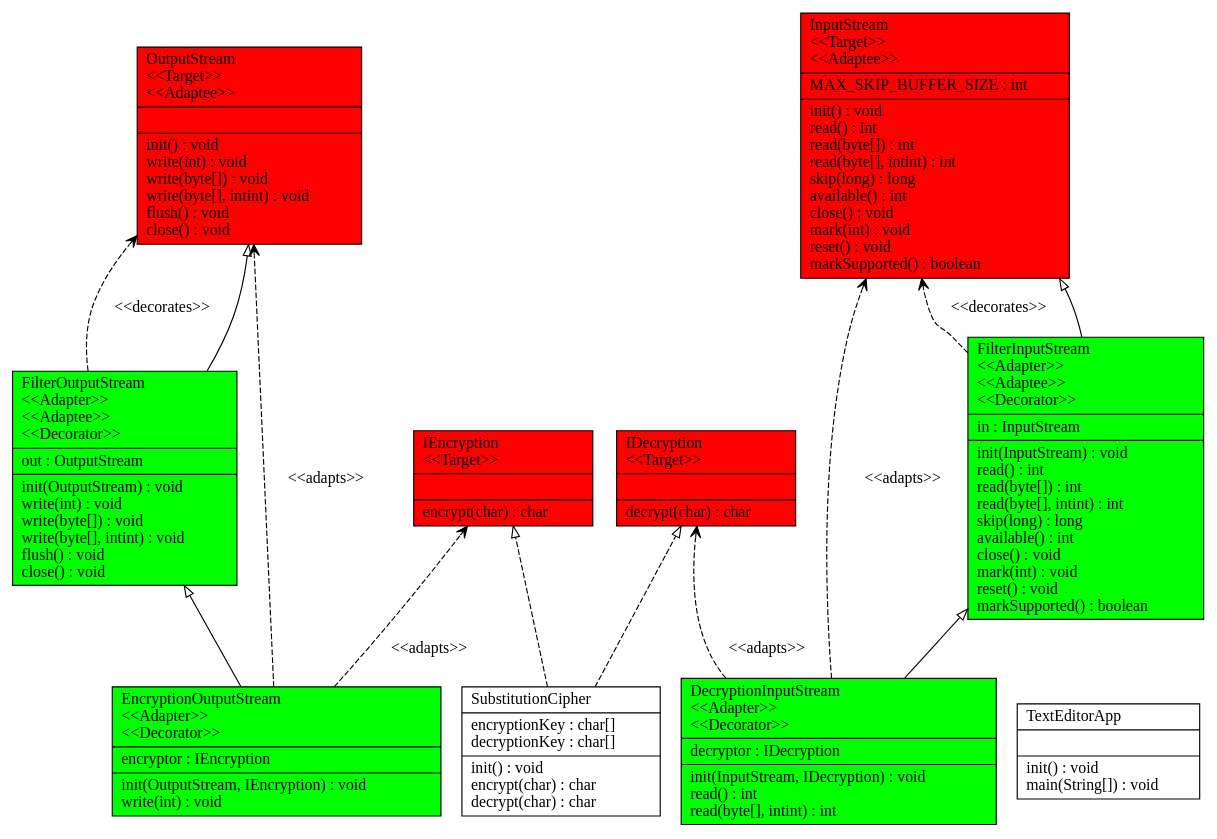
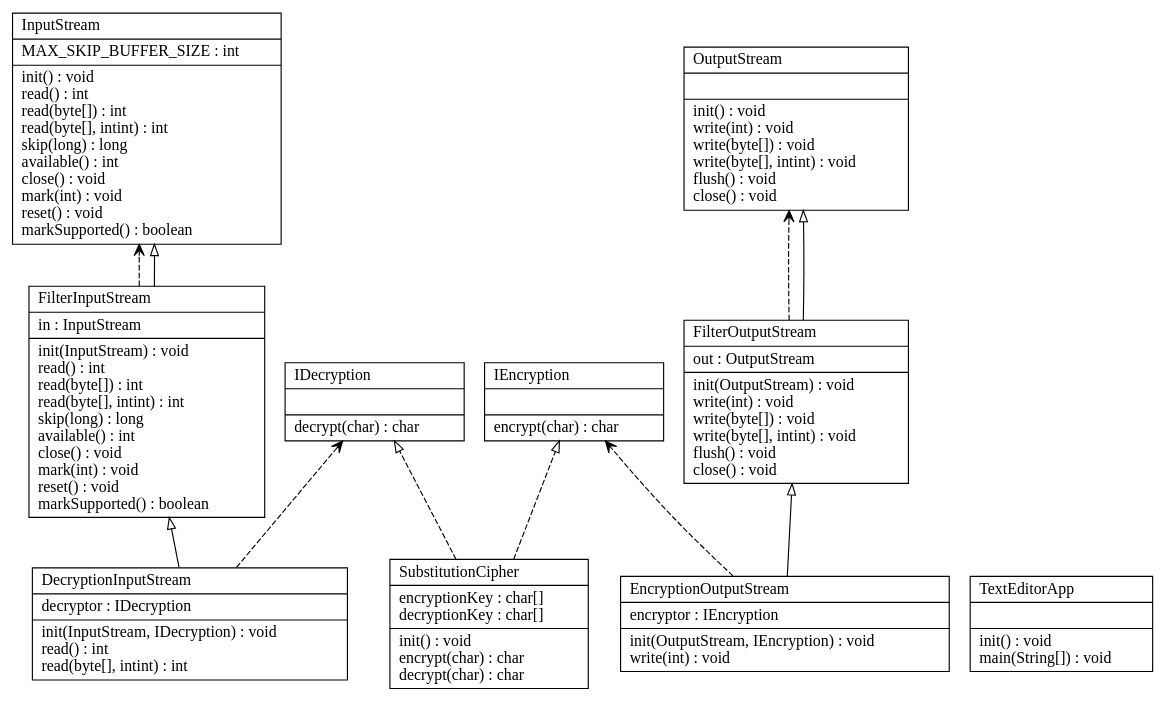
One commit to chinchalupa/CSSE374-Project changed the diagram in input_output/lab21.dot. Above: the diagram before and after it, drawn with Graphviz. The commit also changed 194 other files, not shown here.

```diff
--- a/input_output/lab21.dot
+++ b/input_output/lab21.dot
@@ -1,51 +1,67 @@
 digraph G {
 
 fontname = "Bitstream Vera Sans"
 fontsize = 8
 rankdir=BT
 
-node [shape = "record" color = "#000000" fillcolor = "#00ff00" style="filled"]
-ClassTDecryptionInputStream [label = "{DecryptionInputStream\l\<\<Adapter\>\>\l\<\<Decorator\>\>\l|decryptor : IDecryption\l|init(InputStream, IDecryption) : void\lread() : int\lread(byte[], intint) : int\l}"]
-node [shape = "record" color = "#000000" fillcolor = "#00ff00" style="filled"]
-ClassTEncryptionOutputStream [label = "{EncryptionOutputStream\l\<\<Adapter\>\>\l\<\<Decorator\>\>\l|encryptor : IEncryption\l|init(OutputStream, IEncryption) : void\lwrite(int) : void\l}"]
-node [shape = "record" color = "#000000" fillcolor = "#ff0000" style="filled"]
-ClassTIDecryption [label = "{IDecryption\l\<\<Target\>\>\l||decrypt(char) : char\l}"]
-node [shape = "record" color = "#000000" fillcolor = "#ff0000" style="filled"]
-ClassTIEncryption [label = "{IEncryption\l\<\<Target\>\>\l||encrypt(char) : char\l}"]
 node [shape = "record" color = "#000000" fillcolor = "#000000" style=""]
+
+ClassTDecryptionInputStream [label = "{DecryptionInputStream\l|decryptor : IDecryption\l|init(InputStream, IDecryption) : void\lread() : int\lread(byte[], intint) : int\l}"]
+node [shape = "record" color = "#000000" fillcolor = "#000000" style=""]
+
+ClassTEncryptionOutputStream [label = "{EncryptionOutputStream\l|encryptor : IEncryption\l|init(OutputStream, IEncryption) : void\lwrite(int) : void\l}"]
+node [shape = "record" color = "#000000" fillcolor = "#000000" style=""]
+
+ClassTIDecryption [label = "{IDecryption\l||decrypt(char) : char\l}"]
+node [shape = "record" color = "#000000" fillcolor = "#000000" style=""]
+
+ClassTIEncryption [label = "{IEncryption\l||encrypt(char) : char\l}"]
+node [shape = "record" color = "#000000" fillcolor = "#000000" style=""]
+
 ClassTSubstitutionCipher [label = "{SubstitutionCipher\l|encryptionKey : char[]\ldecryptionKey : char[]\l|init() : void\lencrypt(char) : char\ldecrypt(char) : char\l}"]
 node [shape = "record" color = "#000000" fillcolor = "#000000" style=""]
+
 ClassTTextEditorApp [label = "{TextEditorApp\l||init() : void\lmain(String[]) : void\l}"]
-node [shape = "record" color = "#000000" fillcolor = "#00ff00" style="filled"]
-ClassTFilterInputStream [label = "{FilterInputStream\l\<\<Adapter\>\>\l\<\<Adaptee\>\>\l\<\<Decorator\>\>\l|in : InputStream\l|init(InputStream) : void\lread() : int\lread(byte[]) : int\lread(byte[], intint) : int\lskip(long) : long\lavailable() : int\lclose() : void\lmark(int) : void\lreset() : void\lmarkSupported() : boolean\l}"]
-node [shape = "record" color = "#000000" fillcolor = "#00ff00" style="filled"]
-ClassTFilterOutputStream [label = "{FilterOutputStream\l\<\<Adapter\>\>\l\<\<Adaptee\>\>\l\<\<Decorator\>\>\l|out : OutputStream\l|init(OutputStream) : void\lwrite(int) : void\lwrite(byte[]) : void\lwrite(byte[], intint) : void\lflush() : void\lclose() : void\l}"]
-node [shape = "record" color = "#000000" fillcolor = "#ff0000" style="filled"]
-ClassTInputStream [label = "{InputStream\l\<\<Target\>\>\l\<\<Adaptee\>\>\l|MAX_SKIP_BUFFER_SIZE : int\l|init() : void\lread() : int\lread(byte[]) : int\lread(byte[], intint) : int\lskip(long) : long\lavailable() : int\lclose() : void\lmark(int) : void\lreset() : void\lmarkSupported() : boolean\l}"]
-node [shape = "record" color = "#000000" fillcolor = "#ff0000" style="filled"]
-ClassTOutputStream [label = "{OutputStream\l\<\<Target\>\>\l\<\<Adaptee\>\>\l||init() : void\lwrite(int) : void\lwrite(byte[]) : void\lwrite(byte[], intint) : void\lflush() : void\lclose() : void\l}"]
-edge [arrowhead = "onormal" style = "solid" label = ""]
-ClassTDecryptionInputStream -> ClassTFilterInputStream
-edge [arrowhead = "vee" style = "dashed" label = "\<\<adapts\>\>"]
+node [shape = "record" color = "#000000" fillcolor = "#000000" style=""]
+
+ClassTFilterInputStream [label = "{FilterInputStream\l|in : InputStream\l|init(InputStream) : void\lread() : int\lread(byte[]) : int\lread(byte[], intint) : int\lskip(long) : long\lavailable() : int\lclose() : void\lmark(int) : void\lreset() : void\lmarkSupported() : boolean\l}"]
+node [shape = "record" color = "#000000" fillcolor = "#000000" style=""]
+
+ClassTFilterOutputStream [label = "{FilterOutputStream\l|out : OutputStream\l|init(OutputStream) : void\lwrite(int) : void\lwrite(byte[]) : void\lwrite(byte[], intint) : void\lflush() : void\lclose() : void\l}"]
+node [shape = "record" color = "#000000" fillcolor = "#000000" style=""]
+
+ClassTInputStream [label = "{InputStream\l|MAX_SKIP_BUFFER_SIZE : int\l|init() : void\lread() : int\lread(byte[]) : int\lread(byte[], intint) : int\lskip(long) : long\lavailable() : int\lclose() : void\lmark(int) : void\lreset() : void\lmarkSupported() : boolean\l}"]
+node [shape = "record" color = "#000000" fillcolor = "#000000" style=""]
+
+ClassTOutputStream [label = "{OutputStream\l||init() : void\lwrite(int) : void\lwrite(byte[]) : void\lwrite(byte[], intint) : void\lflush() : void\lclose() : void\l}"]
+edge [arrowhead = "vee" style = "dashed" label = ""]
+
 ClassTDecryptionInputStream -> ClassTIDecryption
-edge [arrowhead = "vee" style = "dashed" label = "\<\<adapts\>\>"]
-ClassTDecryptionInputStream -> ClassTInputStream
-edge [arrowhead = "onormal" style = "solid" label = ""]
-ClassTEncryptionOutputStream -> ClassTFilterOutputStream
-edge [arrowhead = "vee" style = "dashed" label = "\<\<adapts\>\>"]
-ClassTEncryptionOutputStream -> ClassTIEncryption
-edge [arrowhead = "vee" style = "dashed" label = "\<\<adapts\>\>"]
-ClassTEncryptionOutputStream -> ClassTOutputStream
+edge [arrowhead = "vee" style = "dashed" label = ""]
+
+ClassTFilterOutputStream -> ClassTOutputStream
+edge [arrowhead = "vee" style = "dashed" label = ""]
+
+ClassTFilterInputStream -> ClassTInputStream
 edge [arrowhead = "onormal" style = "dashed" label = ""]
-ClassTSubstitutionCipher -> ClassTIEncryption
-edge [arrowhead = "onormal" style = "dashed" label = ""]
+
 ClassTSubstitutionCipher -> ClassTIDecryption
 edge [arrowhead = "onormal" style = "solid" label = ""]
-ClassTFilterInputStream -> ClassTInputStream
-edge [arrowhead = "vee" style = "dashed" label = "<<decorates>>"]
+
+ClassTDecryptionInputStream -> ClassTFilterInputStream
+edge [arrowhead = "onormal" style = "solid" label = ""]
+
+ClassTEncryptionOutputStream -> ClassTFilterOutputStream
+edge [arrowhead = "vee" style = "dashed" label = ""]
+
+ClassTEncryptionOutputStream -> ClassTIEncryption
+edge [arrowhead = "onormal" style = "dashed" label = ""]
+
+ClassTSubstitutionCipher -> ClassTIEncryption
+edge [arrowhead = "onormal" style = "solid" label = ""]
+
 ClassTFilterInputStream -> ClassTInputStream
 edge [arrowhead = "onormal" style = "solid" label = ""]
-ClassTFilterOutputStream -> ClassTOutputStream
-edge [arrowhead = "vee" style = "dashed" label = "<<decorates>>"]
+
 ClassTFilterOutputStream -> ClassTOutputStream
 }
```
